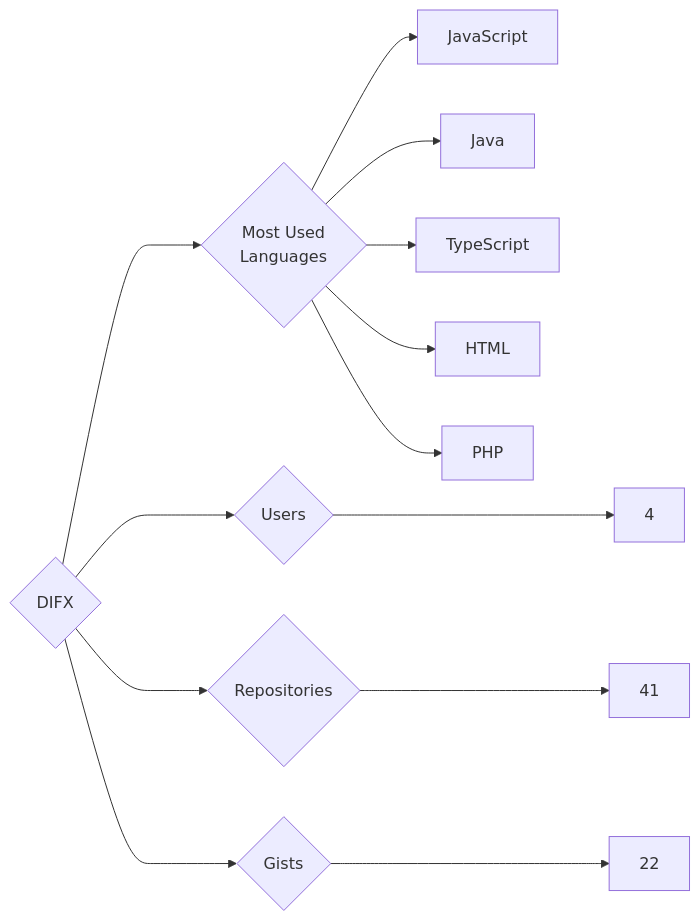
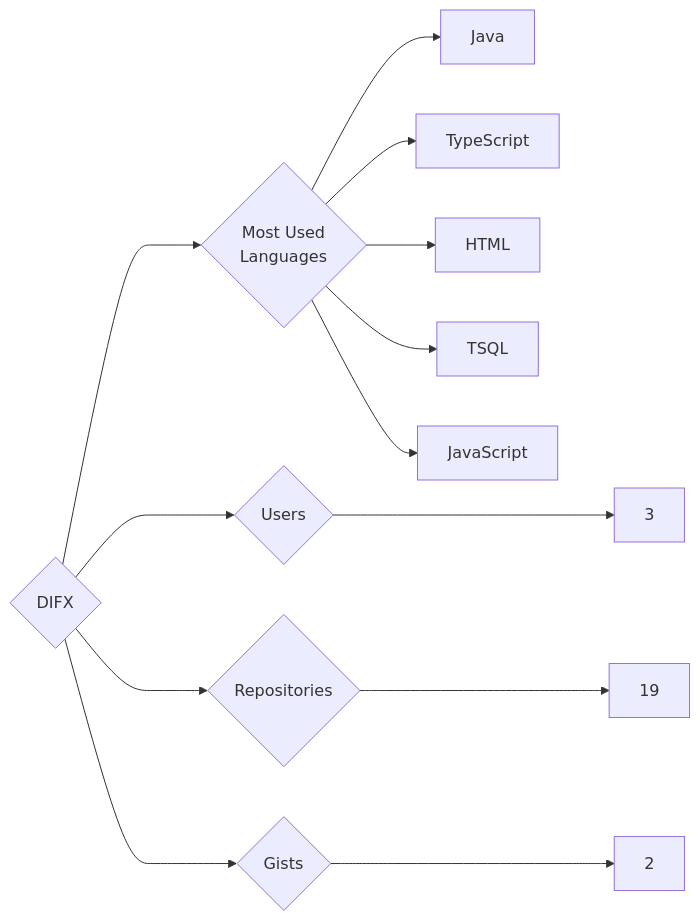
Before and after one commit to trickest/insiders: the diagram in targets/DIFX/README.md, drawn with Mermaid. The commit also changed 1007 other files, not shown here.

````diff
--- a/targets/DIFX/README.md
+++ b/targets/DIFX/README.md
@@ -3,13 +3,13 @@
 ```mermaid
 graph LR
 COMPANY_NAME{DIFX}
-COMPANY_NAME ---> U{Users} ---> UN[4]
-COMPANY_NAME ---> R{Repositories} ---> RN[41]
-COMPANY_NAME ---> G{Gists} ---> GN[22]
+COMPANY_NAME ---> U{Users} ---> UN[3]
+COMPANY_NAME ---> R{Repositories} ---> RN[19]
+COMPANY_NAME ---> G{Gists} ---> GN[2]
 COMPANY_NAME ---> ML{Most Used<br>Languages}
-ML --> JavaScript[JavaScript]
 ML --> Java[Java]
 ML --> TypeScript[TypeScript]
 ML --> HTML[HTML]
-ML --> PHP[PHP]
+ML --> TSQL[TSQL]
+ML --> JavaScript[JavaScript]
 ```
````
